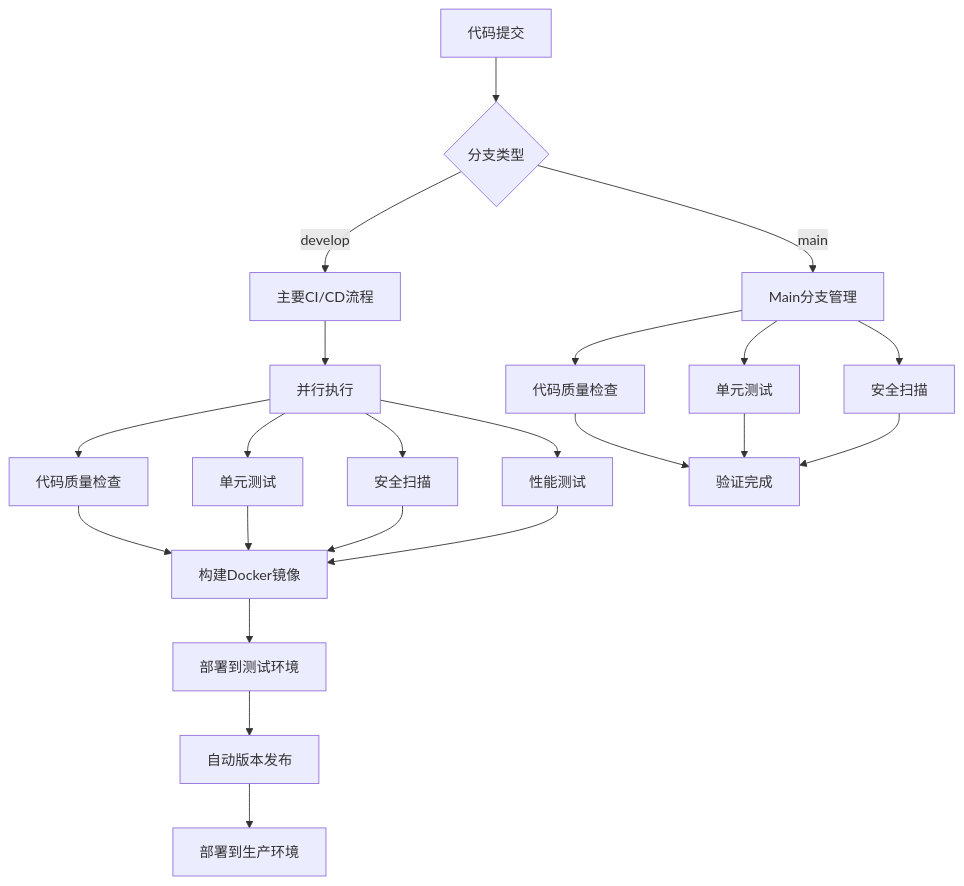
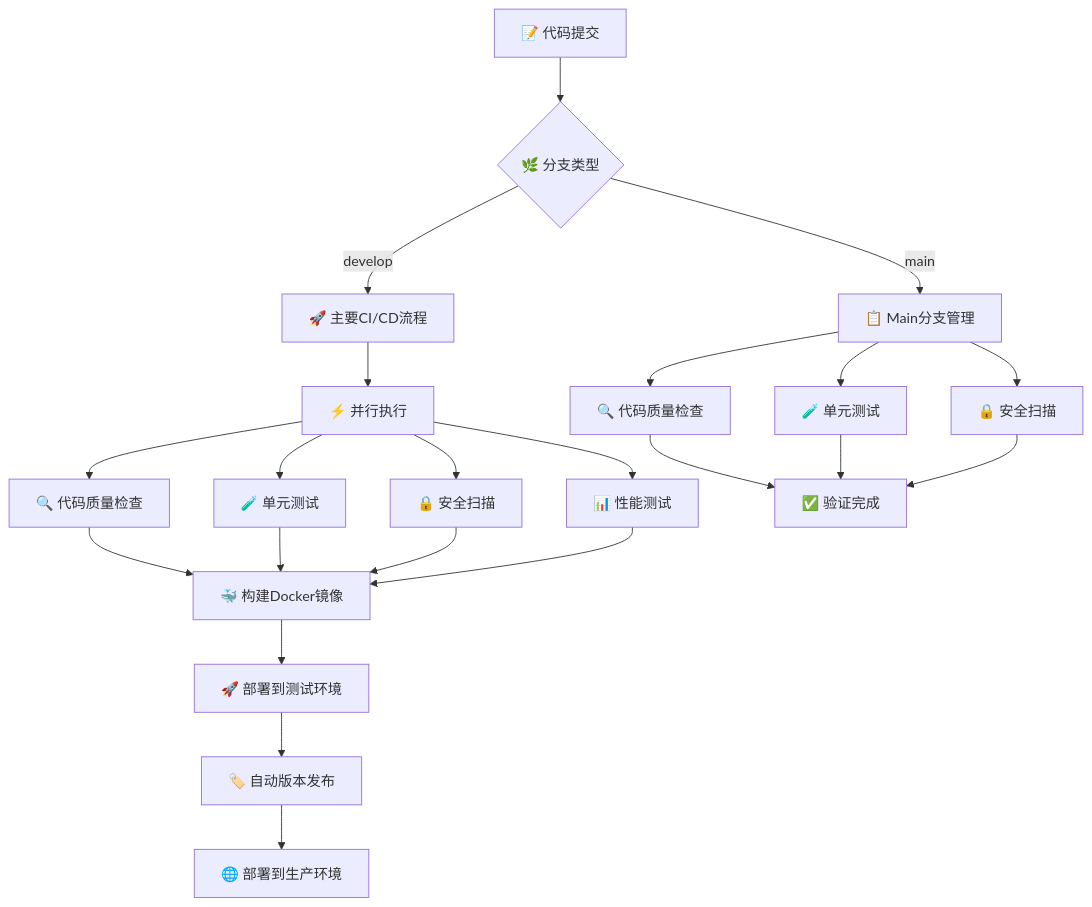
The first of 4 diagrams in CI-CD.md (MartinLiuMingZhi/wiki-back), drawn with Mermaid before and after one commit. The commit also changed other lines of this file and 9 other files, not shown here.

````diff
--- a/CI-CD.md
+++ b/CI-CD.md
@@ -22,28 +32,28 @@
 ```mermaid
 graph TD
-    A[代码提交] --> B{分支类型}
-    B -->|develop| C[主要CI/CD流程]
-    B -->|main| D[Main分支管理]
+    A[📝 代码提交] --> B{🌿 分支类型}
+    B -->|develop| C[🚀 主要CI/CD流程]
+    B -->|main| D[📋 Main分支管理]
     
-    C --> E[并行执行]
-    E --> F[代码质量检查]
-    E --> G[单元测试]
-    E --> H[安全扫描]
-    E --> I[性能测试]
+    C --> E[⚡ 并行执行]
+    E --> F[🔍 代码质量检查]
+    E --> G[🧪 单元测试]
+    E --> H[🔒 安全扫描]
+    E --> I[📊 性能测试]
     
-    F --> J[构建Docker镜像]
+    F --> J[🐳 构建Docker镜像]
     G --> J
     H --> J
     I --> J
     
-    J --> K[部署到测试环境]
-    K --> L[自动版本发布]
-    L --> M[部署到生产环境]
+    J --> K[🚀 部署到测试环境]
+    K --> L[🏷️ 自动版本发布]
+    L --> M[🌐 部署到生产环境]
     
-    D --> N[代码质量检查]
-    D --> O[单元测试]
-    D --> P[安全扫描]
-    N --> Q[验证完成]
+    D --> N[🔍 代码质量检查]
+    D --> O[🧪 单元测试]
+    D --> P[🔒 安全扫描]
+    N --> Q[✅ 验证完成]
     O --> Q
     P --> Q
 ```
````
